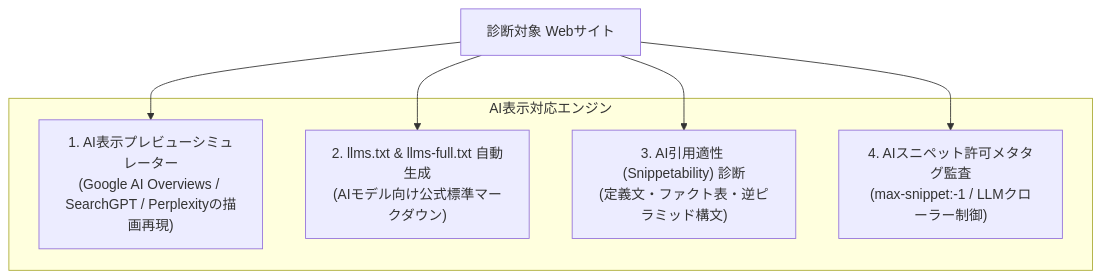
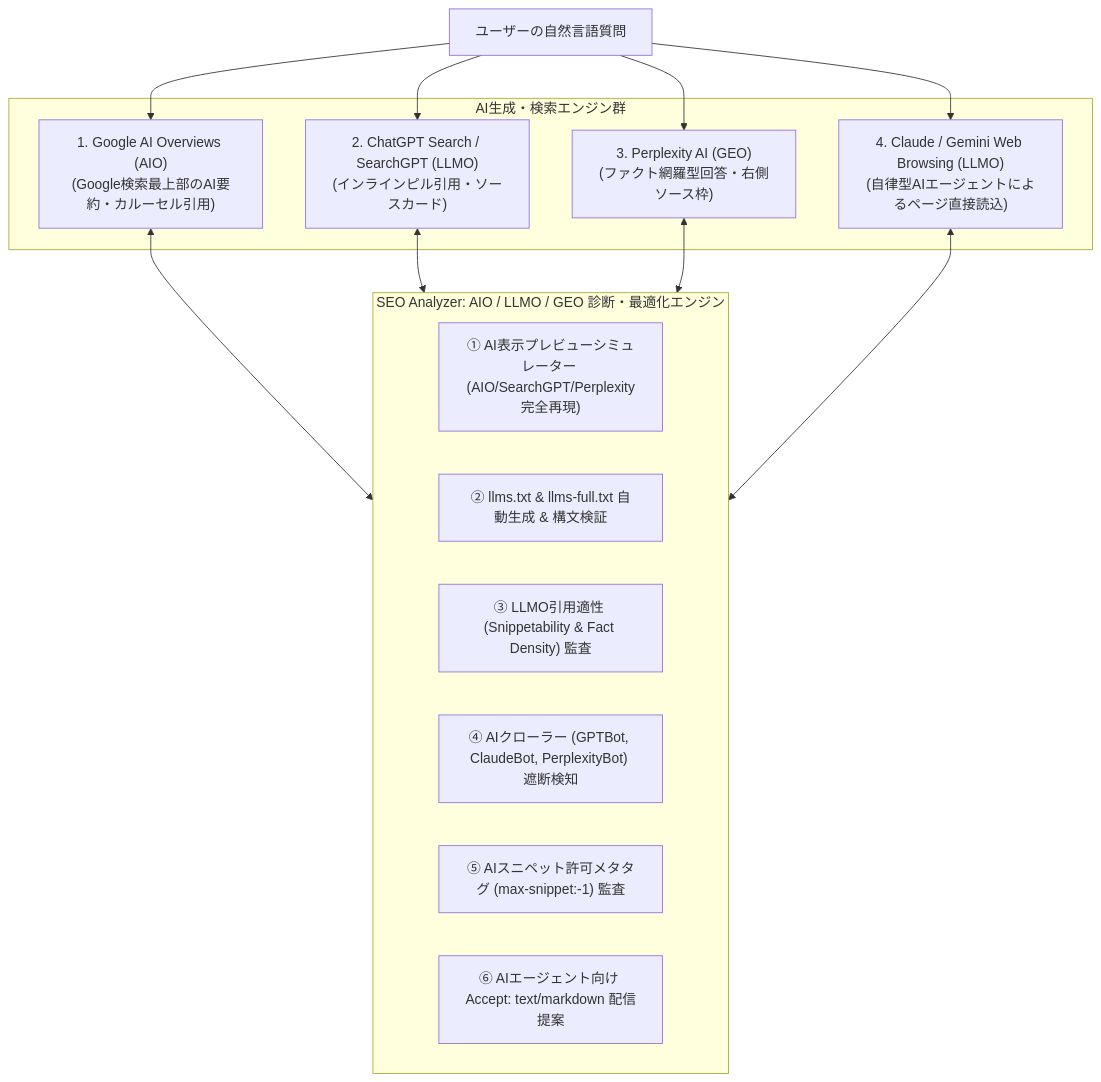
The diagram in docs/06_AI_GEO_OPTIMIZATION.md (nntokyo/seo.n-n.tokyo), drawn with Mermaid before and after one commit. The commit also changed other lines of this file, not shown here.

Commit message:
docs: expand AIO (AI Overviews) and LLMO specifications in documentation

````diff
--- a/docs/06_AI_GEO_OPTIMIZATION.md
+++ b/docs/06_AI_GEO_OPTIMIZATION.md
@@ -26,16 +16,24 @@
 ```mermaid
 graph TD
-    Site["診断対象 Webサイト"]
+    UserQuery["ユーザーの自然言語質問"]
     
-    subgraph AIFeatures["AI表示対応エンジン"]
-        Sim["1. AI表示プレビューシミュレーター\n(Google AI Overviews / SearchGPT / Perplexityの描画再現)"]
-        LLMsTxt["2. llms.txt & llms-full.txt 自動生成\n(AIモデル向け公式標準マークダウン)"]
-        DirectSnippet["3. AI引用適性 (Snippetability) 診断\n(定義文・ファクト表・逆ピラミッド構文)"]
-        RobotsTags["4. AIスニペット許可メタタグ監査\n(max-snippet:-1 / LLMクローラー制御)"]
+    subgraph AIEngines["AI生成・検索エンジン群"]
+        GoogleAIO["1. Google AI Overviews (AIO)\n(Google検索最上部のAI要約・カルーセル引用)"]
+        SearchGPT["2. ChatGPT Search / SearchGPT (LLMO)\n(インラインピル引用・ソースカード)"]
+        Perplexity["3. Perplexity AI (GEO)\n(ファクト網羅型回答・右側ソース枠)"]
+        ClaudeGemini["4. Claude / Gemini Web Browsing (LLMO)\n(自律型AIエージェントによるページ直接読込)"]
     end
-
-    Site --> Sim
-    Site --> LLMsTxt
-    Site --> DirectSnippet
-    Site --> RobotsTags
+    
+    UserQuery --> GoogleAIO & SearchGPT & Perplexity & ClaudeGemini
+    
+    subgraph OptimizationEngine["SEO Analyzer: AIO / LLMO / GEO 診断・最適化エンジン"]
+        Sim["① AI表示プレビューシミュレーター (AIO/SearchGPT/Perplexity完全再現)"]
+        TxtGen["② llms.txt & llms-full.txt 自動生成 & 構文検証"]
+        FormatAudit["③ LLMO引用適性 (Snippetability & Fact Density) 監査"]
+        BotAudit["④ AIクローラー (GPTBot, ClaudeBot, PerplexityBot) 遮断検知"]
+        TagAudit["⑤ AIスニペット許可メタタグ (max-snippet:-1) 監査"]
+        MarkdownRoute["⑥ AIエージェント向け Accept: text/markdown 配信提案"]
+    end
+    
+    GoogleAIO & SearchGPT & Perplexity & ClaudeGemini <--> OptimizationEngine
 ```
````
